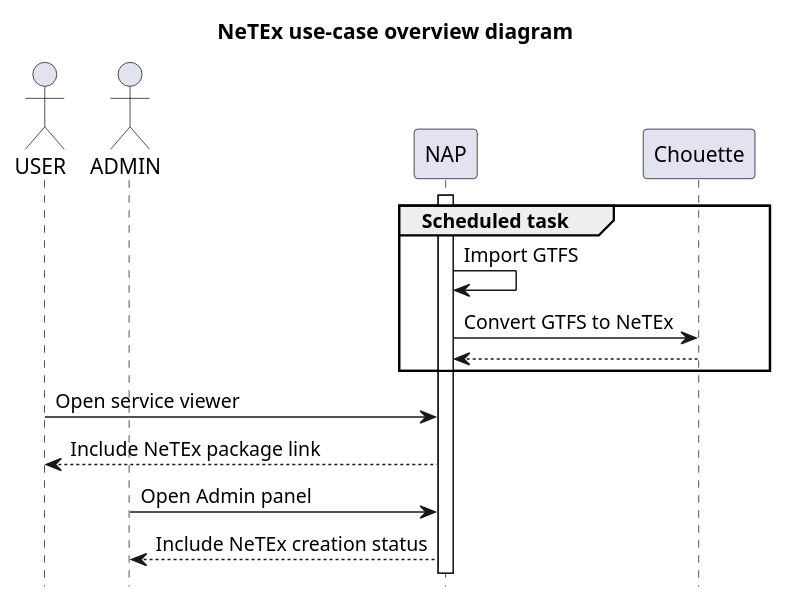
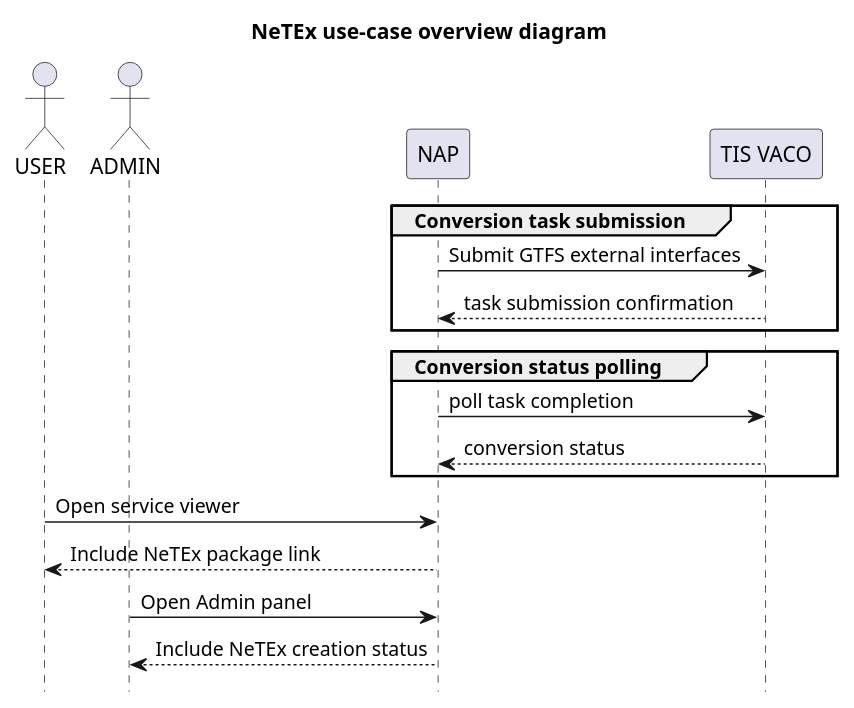
Before and after one commit to tmfg/mmtis-national-access-point: the diagram in docs/netex/netex-use-cases-overview.plantuml, drawn with PlantUML. The commit also changed 31 other files, not shown here.

```diff
--- a/docs/netex/netex-use-cases-overview.plantuml
+++ b/docs/netex/netex-use-cases-overview.plantuml
@@ -1,24 +1,27 @@
 @startuml
 title NeTEx use-case overview diagram
 'autonumber
 hide footbox
 
 actor "USER" as USER
 actor "ADMIN" as ADMIN
 participant "NAP" as NAP
-participant "Chouette" as CONVERTER
+participant "TIS VACO" as CONVERTER
 
+group Conversion task submission
+NAP->CONVERTER : Submit GTFS external interfaces
+CONVERTER-->NAP: task submission confirmation
+end
 
-group Scheduled task
-activate NAP
-NAP->NAP : Import GTFS
-NAP->CONVERTER : Convert GTFS to NeTEx
-return
+group Conversion status polling
+NAP->CONVERTER : poll task completion
+CONVERTER-->NAP: conversion status
 end
+
 USER->NAP : Open service viewer
 return  Include NeTEx package link
 
 ADMIN -> NAP : Open Admin panel
 return Include NeTEx creation status
 
 @enduml
```
